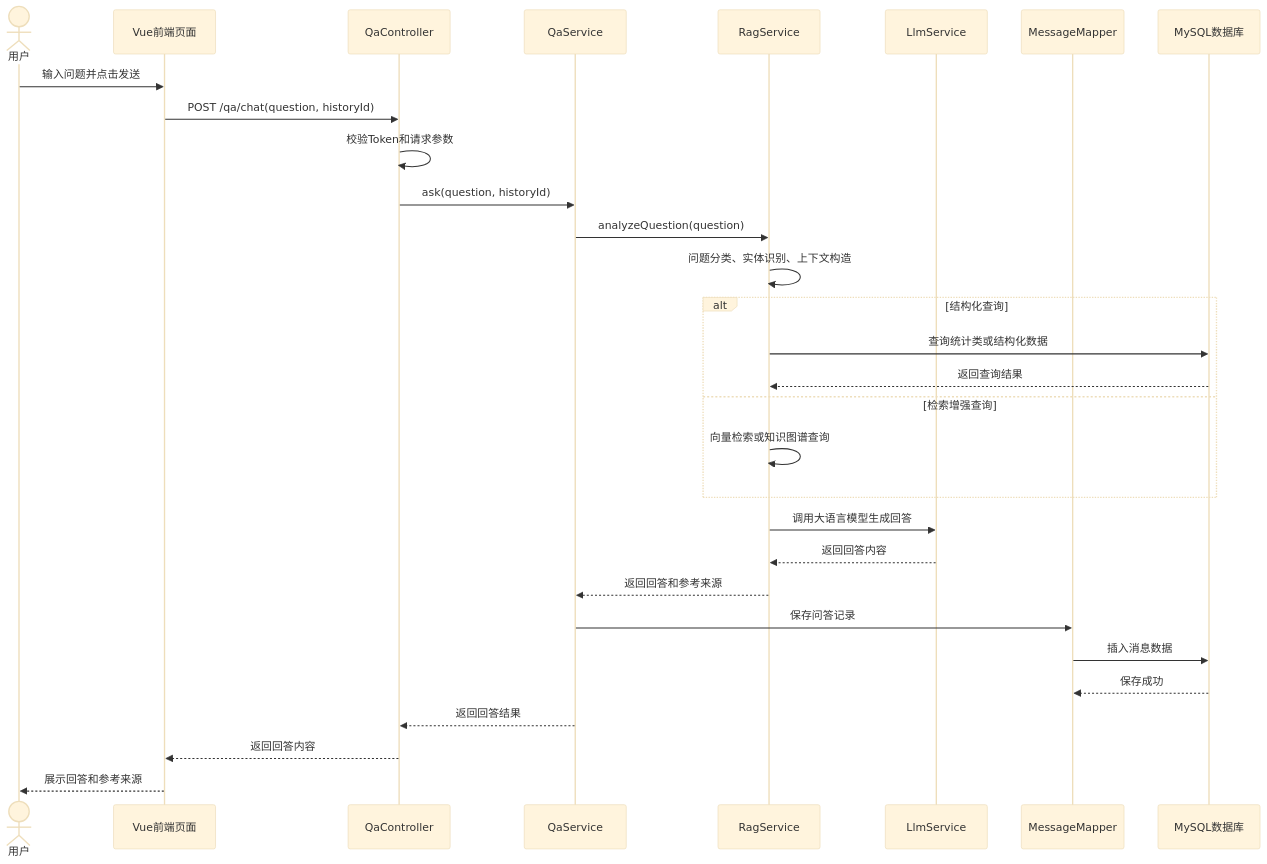
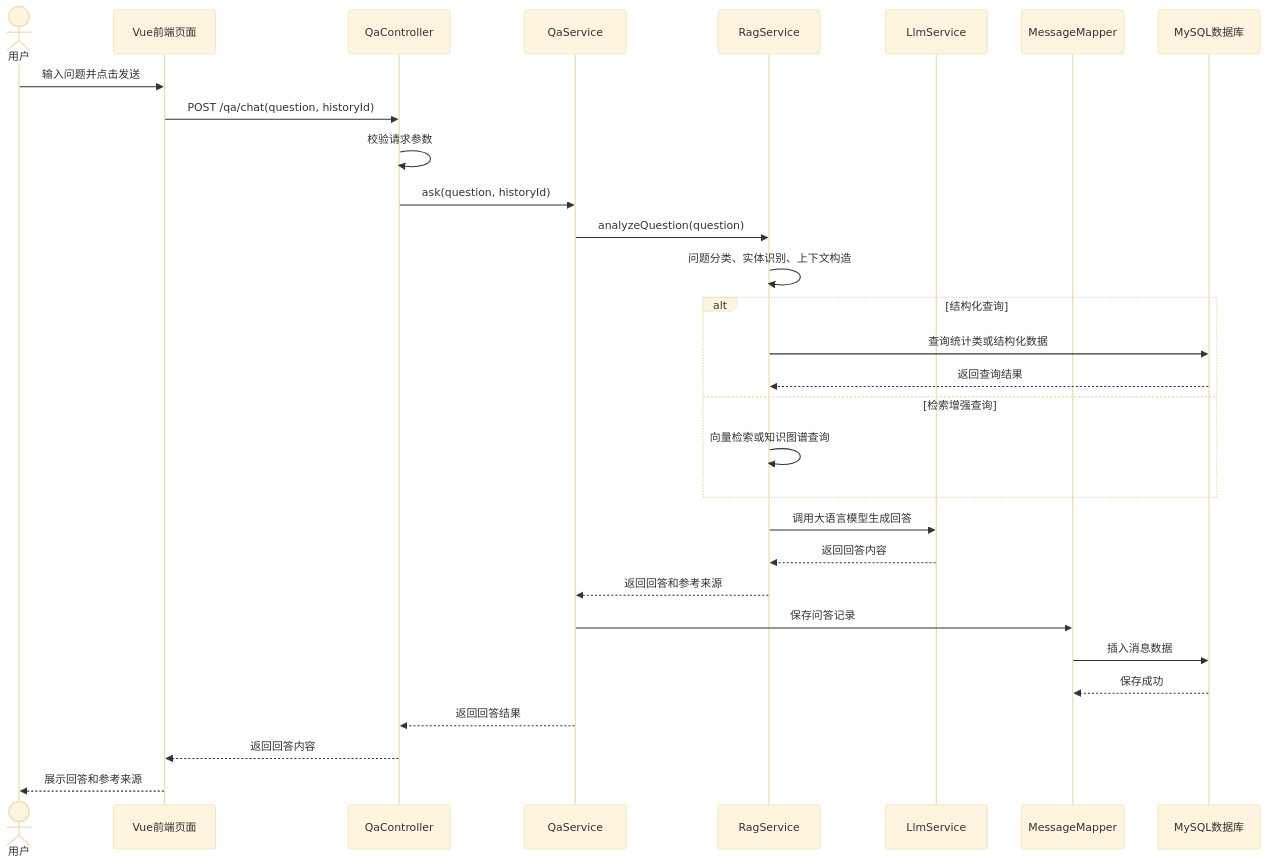
The fifth of 6 diagrams in documents/需求规格说明书.md (BUCT-CS2301/QAsystem), drawn with Mermaid (base theme) before and after one commit. The commit also changed other lines of this file, not shown here.

````diff
--- a/documents/需求规格说明书.md
+++ b/documents/需求规格说明书.md
@@ -627,38 +602,38 @@
 ```mermaid
 sequenceDiagram
     actor 用户
     participant 前端页面 as Vue前端页面
     participant QaController as QaController
     participant QaService as QaService
     participant RagService as RagService
     participant LlmService as LlmService
     participant MessageMapper as MessageMapper
     participant MySQL as MySQL数据库
 
     用户->>前端页面: 输入问题并点击发送
     前端页面->>QaController: POST /qa/chat(question, historyId)
-    QaController->>QaController: 校验Token和请求参数
+    QaController->>QaController: 校验请求参数
     QaController->>QaService: ask(question, historyId)
 
     QaService->>RagService: analyzeQuestion(question)
     RagService->>RagService: 问题分类、实体识别、上下文构造
 
     alt 结构化查询
         RagService->>MySQL: 查询统计类或结构化数据
         MySQL-->>RagService: 返回查询结果
     else 检索增强查询
         RagService->>RagService: 向量检索或知识图谱查询
     end
 
     RagService->>LlmService: 调用大语言模型生成回答
     LlmService-->>RagService: 返回回答内容
 
     RagService-->>QaService: 返回回答和参考来源
     QaService->>MessageMapper: 保存问答记录
     MessageMapper->>MySQL: 插入消息数据
     MySQL-->>MessageMapper: 保存成功
 
     QaService-->>QaController: 返回回答结果
     QaController-->>前端页面: 返回回答内容
     前端页面-->>用户: 展示回答和参考来源
 ```
````
